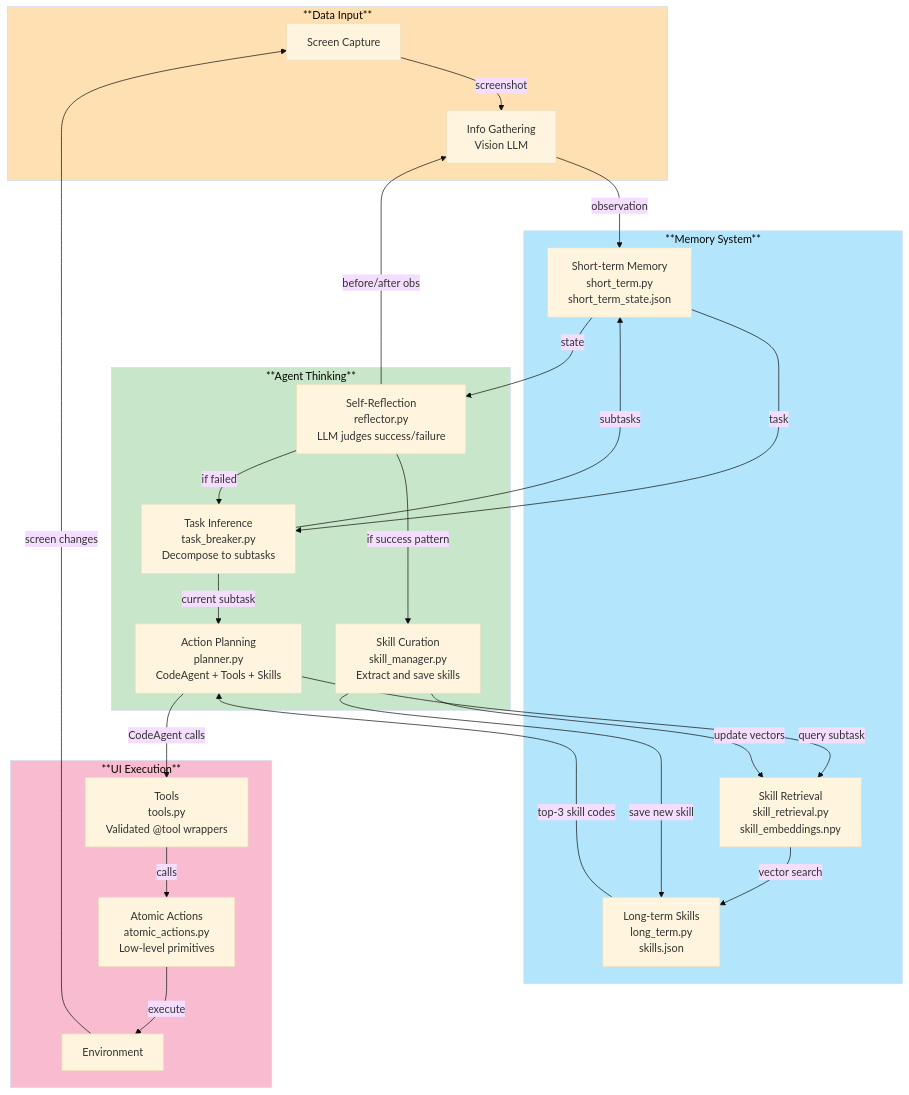
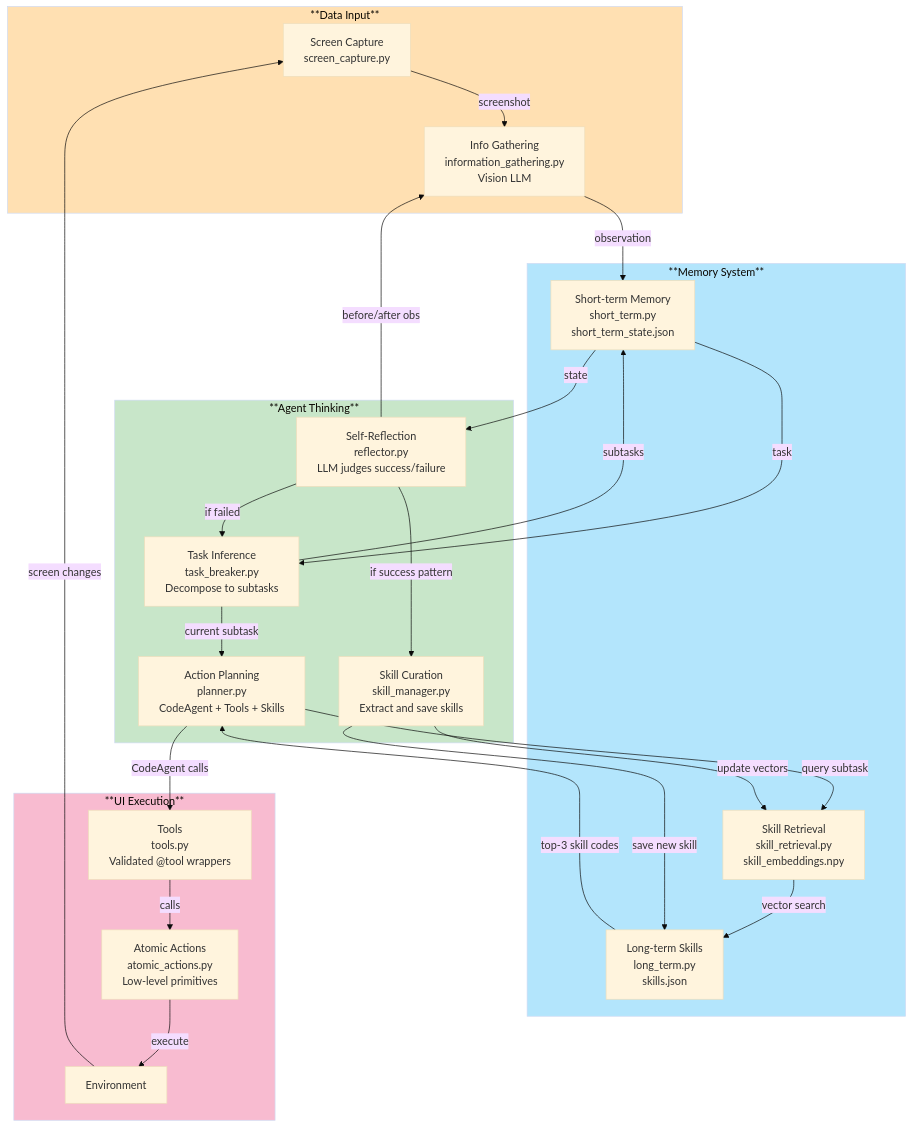
One commit to NokkTsang/AI_Gaming_Agent changed the second of 2 diagrams in README.md. Above: the diagram before and after it, drawn with Mermaid (base theme). The commit also changed 2 other files, not shown here.

Commit message:
Move tools.py to ui_automation

````diff
--- a/README.md
+++ b/README.md
@@ -115,60 +115,60 @@
 ```mermaid
 ---
 config:
   layout: dagre
 ---
 flowchart TB
     subgraph Input["**Data Input**"]
-        A[Screen Capture]
-        B[Info Gathering<br/>Vision LLM]
+        A[Screen Capture<br/>screen_capture.py]
+        B[Info Gathering<br/>information_gathering.py<br/>Vision LLM]
     end
 
     subgraph Memory["**Memory System**"]
         C1[Short-term Memory<br/>short_term.py<br/>short_term_state.json]
         C2[Long-term Skills<br/>long_term.py<br/>skills.json]
         C3[Skill Retrieval<br/>skill_retrieval.py<br/>skill_embeddings.npy]
     end
 
     subgraph Reasoning["**Agent Thinking**"]
         D[Self-Reflection<br/>reflector.py<br/>LLM judges success/failure]
         E[Task Inference<br/>task_breaker.py<br/>Decompose to subtasks]
         F[Skill Curation<br/>skill_manager.py<br/>Extract and save skills]
         G[Action Planning<br/>planner.py<br/>CodeAgent + Tools + Skills]
     end
 
     subgraph Output["**UI Execution**"]
         H1[Atomic Actions<br/>atomic_actions.py<br/>Low-level primitives]
         H2[Tools<br/>tools.py<br/>Validated @tool wrappers]
         I[Environment]
     end
 
     A -->|screenshot| B
     B -->|observation| C1
 
     C1 -->|state| D
     C1 -->|task| E
 
     E -->|subtasks| C1
     E -->|current subtask| G
 
     G -->|query subtask| C3
     C3 -->|vector search| C2
     C2 -->|top-3 skill codes| G
 
     D -->|before/after obs| B
     D -->|if failed| E
     D -->|if success pattern| F
 
     F -->|save new skill| C2
     F -->|update vectors| C3
 
     G -->|CodeAgent calls| H2
     H2 -->|calls| H1
     H1 -->|execute| I
     I -->|screen changes| A
 
     style Input fill:#FFE0B2
     style Memory fill:#B3E5FC
     style Reasoning fill:#C8E6C9
     style Output fill:#F8BBD0
 ```
````
